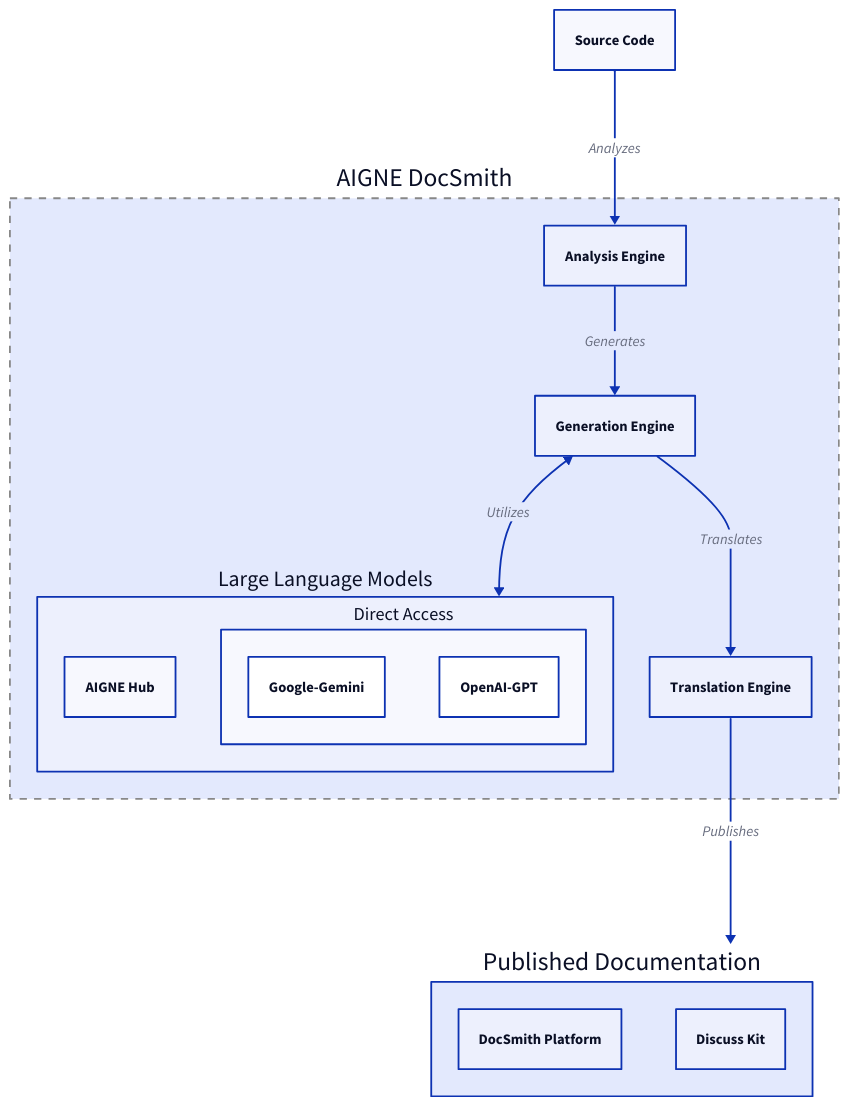
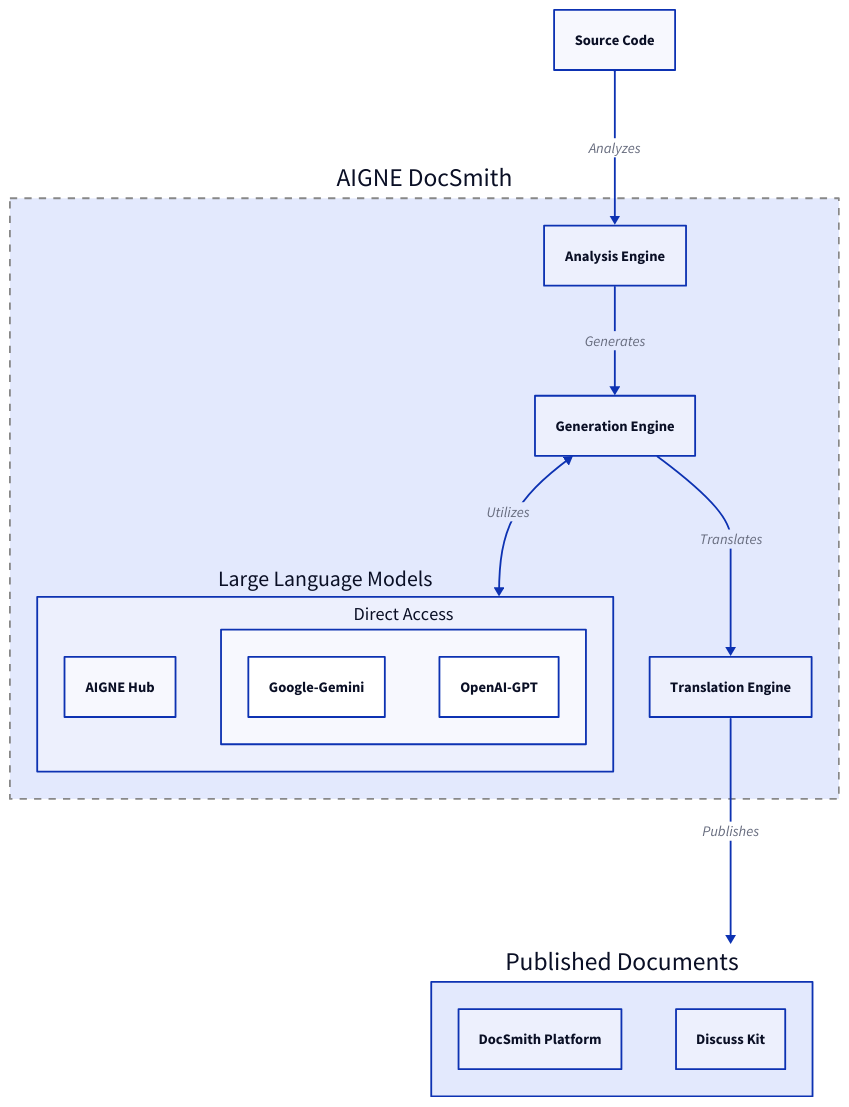
The diagram in docs/overview.md (AIGNE-io/aigne-doc-smith), drawn with D2 before and after one commit. The commit also changed other lines of this file and 114 other files, not shown here.

````diff
--- a/docs/overview.md
+++ b/docs/overview.md
@@ -13,69 +13,69 @@
 ```d2
 direction: down
 
 Source-Code: {
   label: "Source Code"
   shape: rectangle
 }
 
 AIGNE-DocSmith: {
   label: "AIGNE DocSmith"
   shape: rectangle
   style: {
     stroke: "#888"
     stroke-width: 2
     stroke-dash: 4
   }
 
   Analysis-Engine: {
     label: "Analysis Engine"
     shape: rectangle
   }
 
   Generation-Engine: {
     label: "Generation Engine"
     shape: rectangle
   }
 
   Translation-Engine: {
     label: "Translation Engine"
     shape: rectangle
   }
 
   LLMs: {
     label: "Large Language Models"
     shape: rectangle
 
     AIGNE-Hub: {
       label: "AIGNE Hub"
     }
 
     Direct-Access: {
       label: "Direct Access"
       shape: rectangle
       Google-Gemini: {}
       OpenAI-GPT: {}
     }
   }
 }
 
-Published-Documentation: {
-  label: "Published Documentation"
+Published-Documents: {
+  label: "Published Documents"
   shape: rectangle
 
   DocSmith-Platform: {
     label: "DocSmith Platform"
   }
 
   Discuss-Kit: {
     label: "Discuss Kit"
   }
 }
 
 Source-Code -> AIGNE-DocSmith.Analysis-Engine: "Analyzes"
 AIGNE-DocSmith.Analysis-Engine -> AIGNE-DocSmith.Generation-Engine: "Generates"
 AIGNE-DocSmith.Generation-Engine <-> AIGNE-DocSmith.LLMs: "Utilizes"
 AIGNE-DocSmith.Generation-Engine -> AIGNE-DocSmith.Translation-Engine: "Translates"
-AIGNE-DocSmith.Translation-Engine -> Published-Documentation: "Publishes"
+AIGNE-DocSmith.Translation-Engine -> Published-Documents: "Publishes"
 
 ```
````
